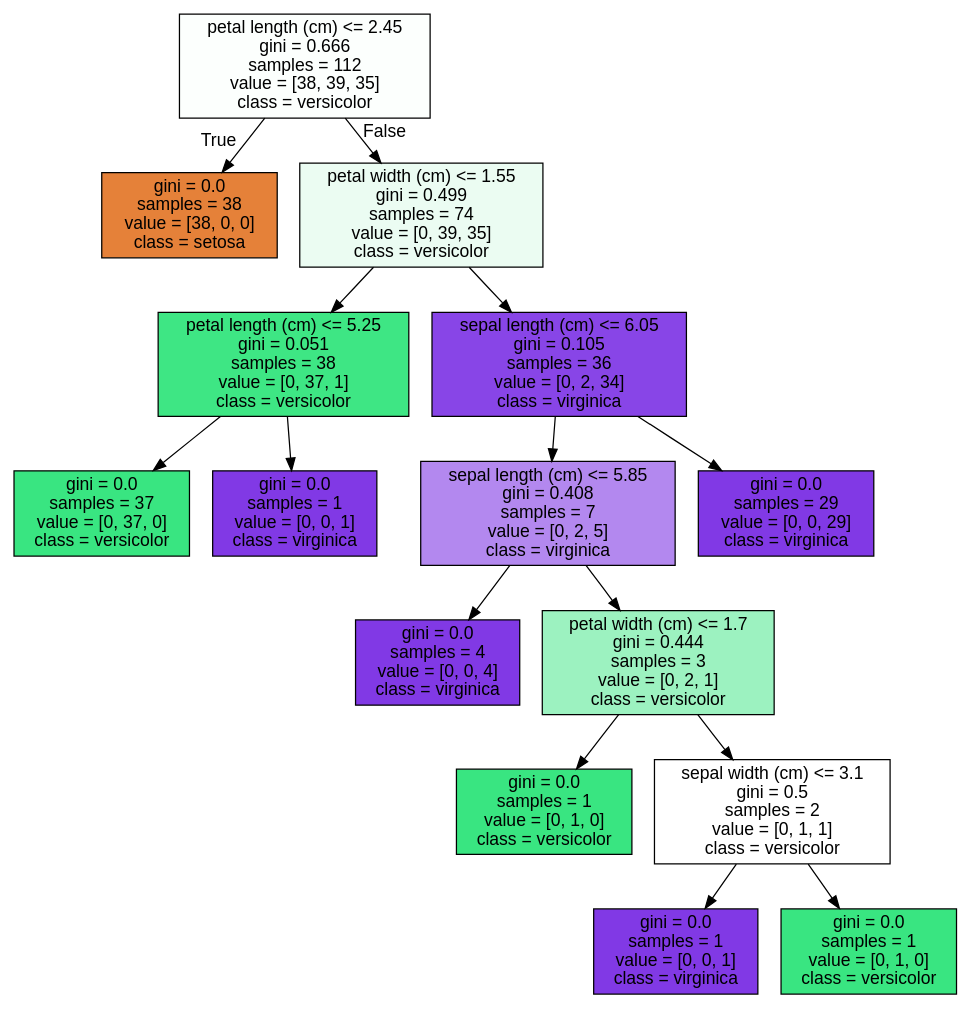
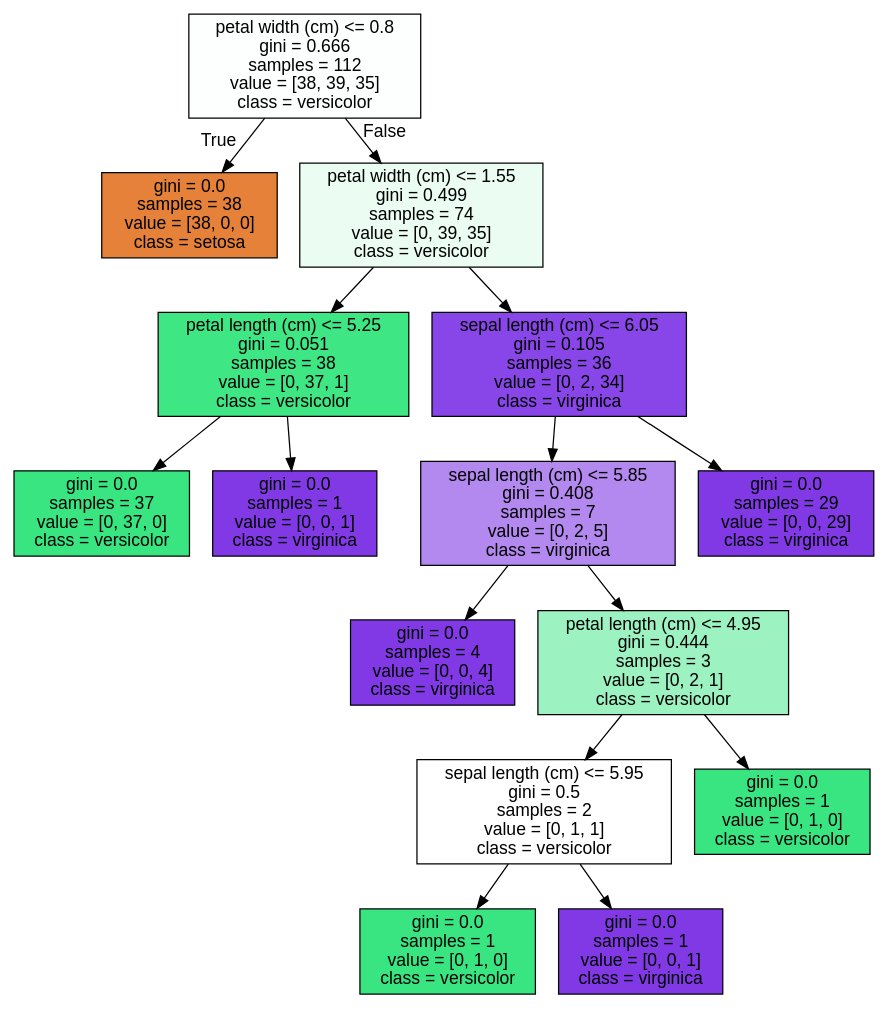
The diagram in 12_MachineLearning/day4/tree1.dot (annmunju/multicam_ds), drawn with Graphviz before and after one commit. The commit also changed 16 other files, not shown here.

```diff
--- a/12_MachineLearning/day4/tree1.dot
+++ b/12_MachineLearning/day4/tree1.dot
@@ -1,33 +1,33 @@
 digraph Tree {
 node [shape=box, style="filled", color="black", fontname="helvetica"] ;
 edge [fontname="helvetica"] ;
-0 [label="petal length (cm) <= 2.45\ngini = 0.666\nsamples = 112\nvalue = [38, 39, 35]\nclass = versicolor", fillcolor="#fcfffd"] ;
+0 [label="petal width (cm) <= 0.8\ngini = 0.666\nsamples = 112\nvalue = [38, 39, 35]\nclass = versicolor", fillcolor="#fcfffd"] ;
 1 [label="gini = 0.0\nsamples = 38\nvalue = [38, 0, 0]\nclass = setosa", fillcolor="#e58139"] ;
 0 -> 1 [labeldistance=2.5, labelangle=45, headlabel="True"] ;
 2 [label="petal width (cm) <= 1.55\ngini = 0.499\nsamples = 74\nvalue = [0, 39, 35]\nclass = versicolor", fillcolor="#ebfcf2"] ;
 0 -> 2 [labeldistance=2.5, labelangle=-45, headlabel="False"] ;
 3 [label="petal length (cm) <= 5.25\ngini = 0.051\nsamples = 38\nvalue = [0, 37, 1]\nclass = versicolor", fillcolor="#3ee684"] ;
 2 -> 3 ;
 4 [label="gini = 0.0\nsamples = 37\nvalue = [0, 37, 0]\nclass = versicolor", fillcolor="#39e581"] ;
 3 -> 4 ;
 5 [label="gini = 0.0\nsamples = 1\nvalue = [0, 0, 1]\nclass = virginica", fillcolor="#8139e5"] ;
 3 -> 5 ;
 6 [label="sepal length (cm) <= 6.05\ngini = 0.105\nsamples = 36\nvalue = [0, 2, 34]\nclass = virginica", fillcolor="#8845e7"] ;
 2 -> 6 ;
 7 [label="sepal length (cm) <= 5.85\ngini = 0.408\nsamples = 7\nvalue = [0, 2, 5]\nclass = virginica", fillcolor="#b388ef"] ;
 6 -> 7 ;
 8 [label="gini = 0.0\nsamples = 4\nvalue = [0, 0, 4]\nclass = virginica", fillcolor="#8139e5"] ;
 7 -> 8 ;
-9 [label="petal width (cm) <= 1.7\ngini = 0.444\nsamples = 3\nvalue = [0, 2, 1]\nclass = versicolor", fillcolor="#9cf2c0"] ;
+9 [label="petal length (cm) <= 4.95\ngini = 0.444\nsamples = 3\nvalue = [0, 2, 1]\nclass = versicolor", fillcolor="#9cf2c0"] ;
 7 -> 9 ;
-10 [label="gini = 0.0\nsamples = 1\nvalue = [0, 1, 0]\nclass = versicolor", fillcolor="#39e581"] ;
+10 [label="sepal length (cm) <= 5.95\ngini = 0.5\nsamples = 2\nvalue = [0, 1, 1]\nclass = versicolor", fillcolor="#ffffff"] ;
 9 -> 10 ;
-11 [label="sepal width (cm) <= 3.1\ngini = 0.5\nsamples = 2\nvalue = [0, 1, 1]\nclass = versicolor", fillcolor="#ffffff"] ;
-9 -> 11 ;
+11 [label="gini = 0.0\nsamples = 1\nvalue = [0, 1, 0]\nclass = versicolor", fillcolor="#39e581"] ;
+10 -> 11 ;
 12 [label="gini = 0.0\nsamples = 1\nvalue = [0, 0, 1]\nclass = virginica", fillcolor="#8139e5"] ;
-11 -> 12 ;
+10 -> 12 ;
 13 [label="gini = 0.0\nsamples = 1\nvalue = [0, 1, 0]\nclass = versicolor", fillcolor="#39e581"] ;
-11 -> 13 ;
+9 -> 13 ;
 14 [label="gini = 0.0\nsamples = 29\nvalue = [0, 0, 29]\nclass = virginica", fillcolor="#8139e5"] ;
 6 -> 14 ;
 }
```
